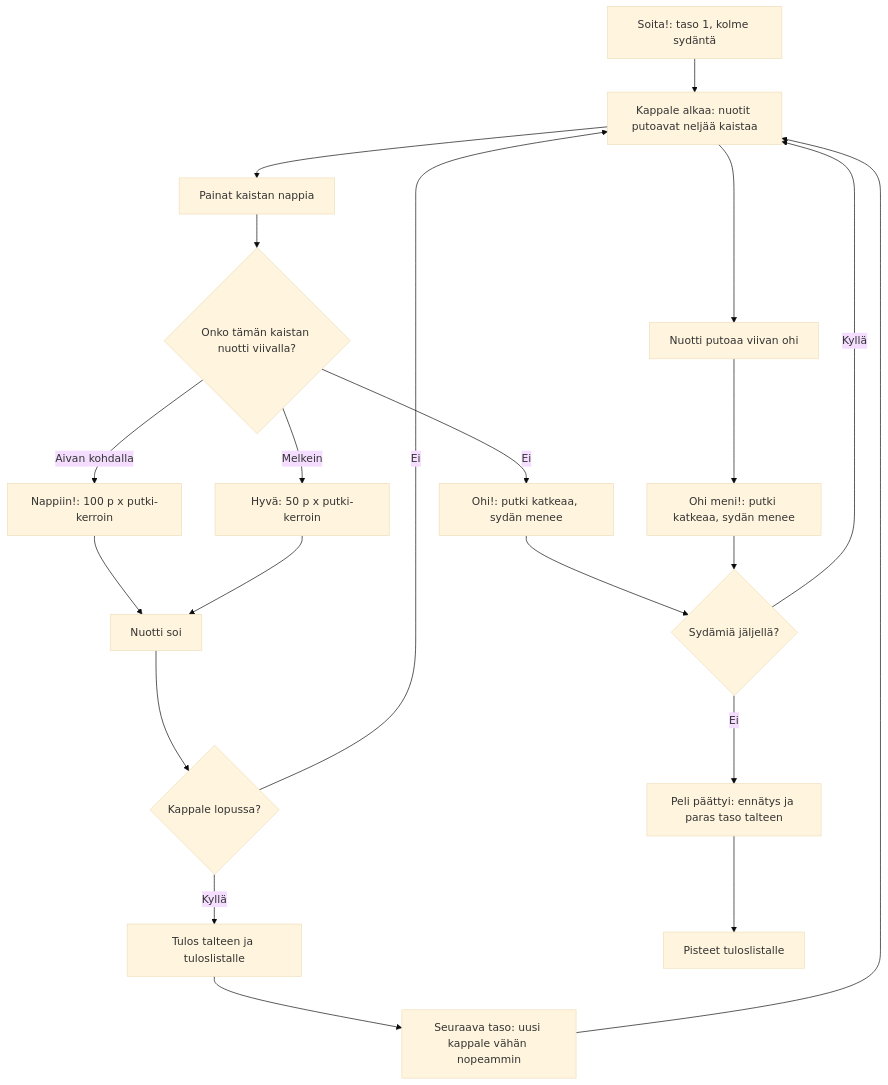
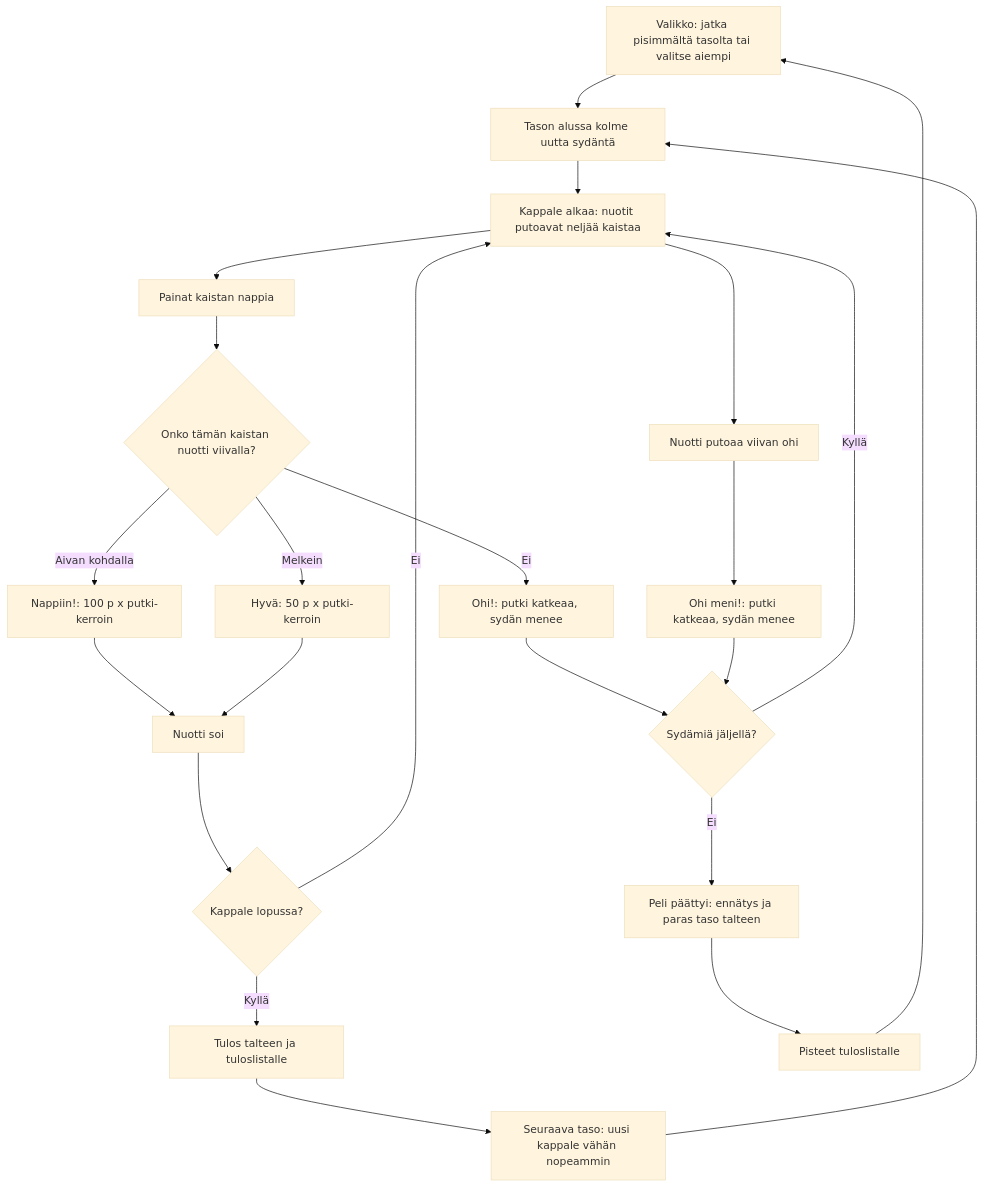
The diagram in docs/diagrams/piano.md (eerovil/ai-pelit), drawn with Mermaid (base theme) before and after one commit. The commit also changed other lines of this file and 4 other files, not shown here.

````diff
--- a/docs/diagrams/piano.md
+++ b/docs/diagrams/piano.md
@@ -9,30 +11,32 @@
 ```mermaid
 flowchart TD
-  A[Soita!: taso 1, kolme sydäntä] --> B[Kappale alkaa: nuotit putoavat neljää kaistaa]
+  A[Valikko: jatka pisimmältä tasolta tai valitse aiempi] --> A2[Tason alussa kolme uutta sydäntä]
+  A2 --> B[Kappale alkaa: nuotit putoavat neljää kaistaa]
   B --> C[Painat kaistan nappia]
   C --> D{Onko tämän kaistan nuotti viivalla?}
   D -- Aivan kohdalla --> E[Nappiin!: 100 p x putki-kerroin]
   D -- Melkein --> F[Hyvä: 50 p x putki-kerroin]
   D -- Ei --> G[Ohi!: putki katkeaa, sydän menee]
   E --> H[Nuotti soi]
   F --> H
   B --> I[Nuotti putoaa viivan ohi]
   I --> J[Ohi meni!: putki katkeaa, sydän menee]
   H --> K{Kappale lopussa?}
   K -- Ei --> B
   K -- Kyllä --> V[Tulos talteen ja tuloslistalle]
   V --> L[Seuraava taso: uusi kappale vähän nopeammin]
-  L --> B
+  L --> A2
   G --> M{Sydämiä jäljellä?}
   J --> M
   M -- Kyllä --> B
   M -- Ei --> N[Peli päättyi: ennätys ja paras taso talteen]
   N --> O[Pisteet tuloslistalle]
-  class A,B,C blue
+  O --> A
+  class A,A2,B,C blue
   class D,K,M amber
   class E,F,H teal
   class L green
   class G,I,J rose
   class N,O violet
   class V green
 ```
````
